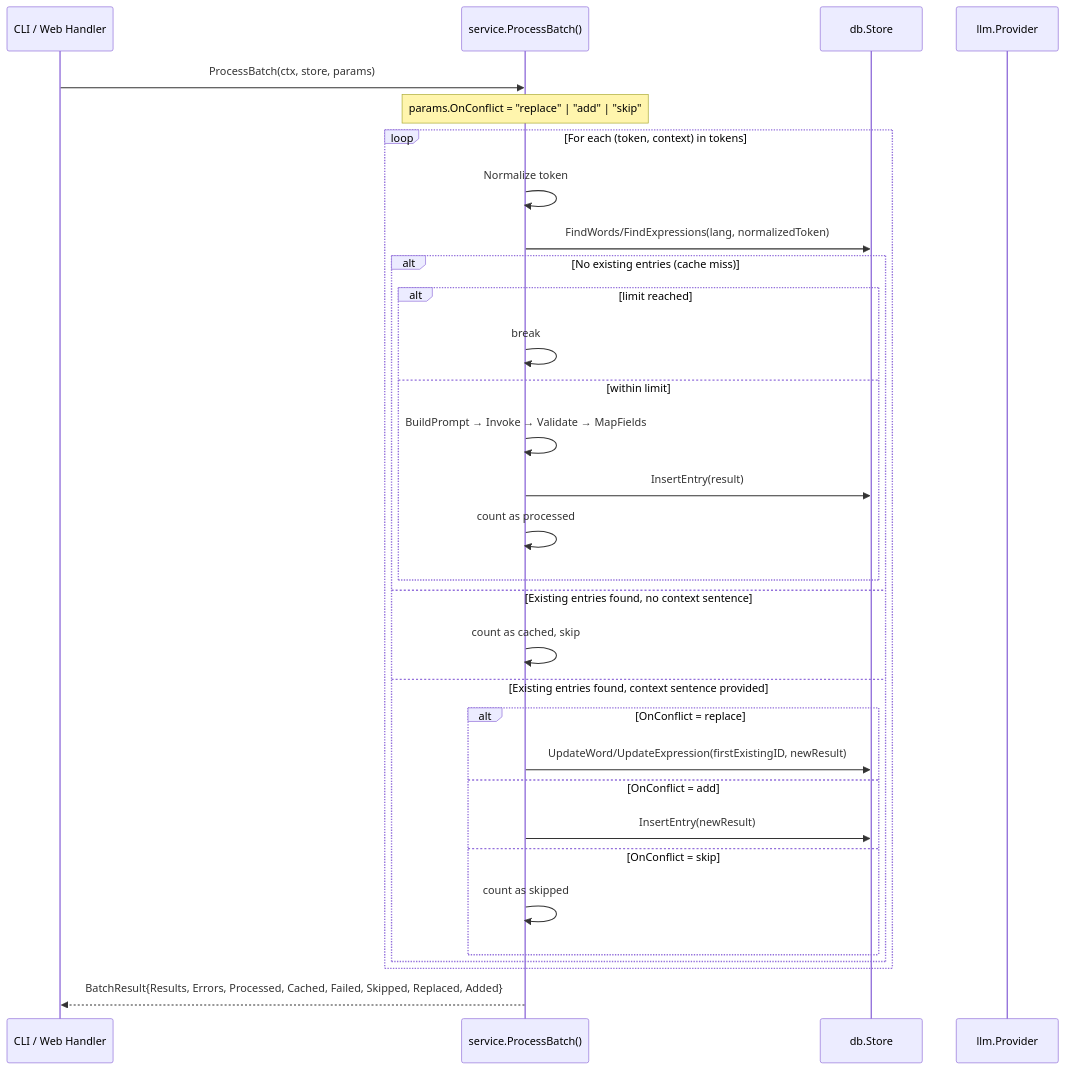
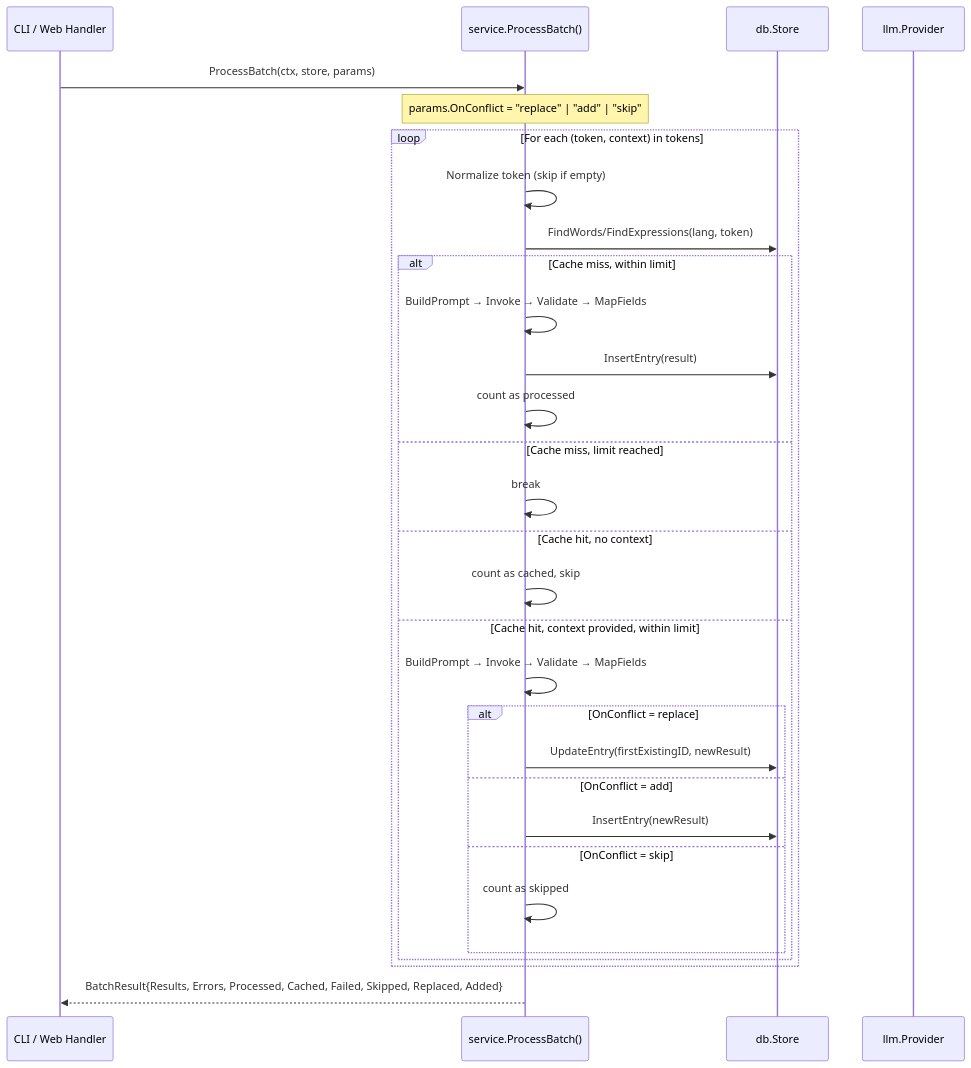
One commit to npozs77/VocabGen changed the third of 4 diagrams in docs/architecture.md. Above: the diagram before and after it, drawn with Mermaid. The commit also changed other lines of this file and 3 other files, not shown here.

````diff
--- a/docs/architecture.md
+++ b/docs/architecture.md
@@ -115,34 +213,33 @@
 ```mermaid
 sequenceDiagram
     participant C as CLI / Web Handler
     participant S as service.ProcessBatch()
     participant DB as db.Store
     participant P as llm.Provider
 
     C->>S: ProcessBatch(ctx, store, params)
     Note over S: params.OnConflict = "replace" | "add" | "skip"
     loop For each (token, context) in tokens
-        S->>S: Normalize token
-        S->>DB: FindWords/FindExpressions(lang, normalizedToken)
-        alt No existing entries (cache miss)
-            alt limit reached
-                S->>S: break
-            else within limit
-                S->>S: BuildPrompt → Invoke → Validate → MapFields
-                S->>DB: InsertEntry(result)
-                S->>S: count as processed
-            end
-        else Existing entries found, no context sentence
+        S->>S: Normalize token (skip if empty)
+        S->>DB: FindWords/FindExpressions(lang, token)
+        alt Cache miss, within limit
+            S->>S: BuildPrompt → Invoke → Validate → MapFields
+            S->>DB: InsertEntry(result)
+            S->>S: count as processed
+        else Cache miss, limit reached
+            S->>S: break
+        else Cache hit, no context
             S->>S: count as cached, skip
-        else Existing entries found, context sentence provided
+        else Cache hit, context provided, within limit
+            S->>S: BuildPrompt → Invoke → Validate → MapFields
             alt OnConflict = replace
-                S->>DB: UpdateWord/UpdateExpression(firstExistingID, newResult)
+                S->>DB: UpdateEntry(firstExistingID, newResult)
             else OnConflict = add
                 S->>DB: InsertEntry(newResult)
             else OnConflict = skip
                 S->>S: count as skipped
             end
         end
     end
     S-->>C: BatchResult{Results, Errors, Processed, Cached, Failed, Skipped, Replaced, Added}
 ```
````
